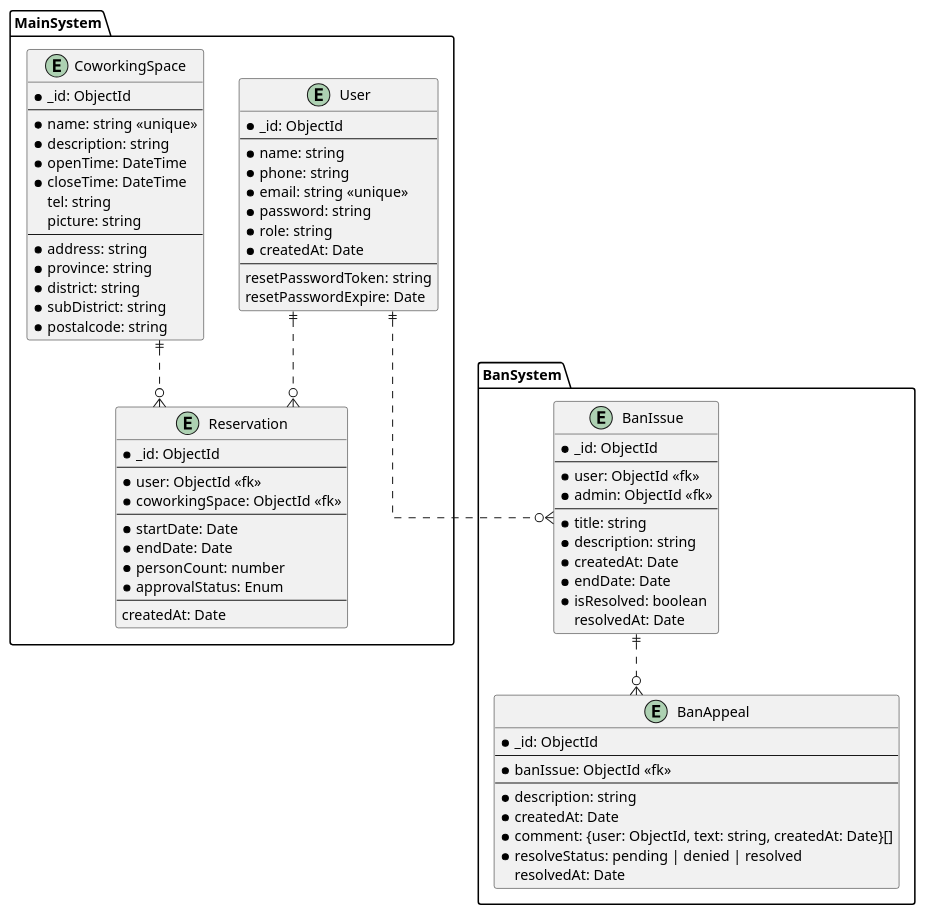
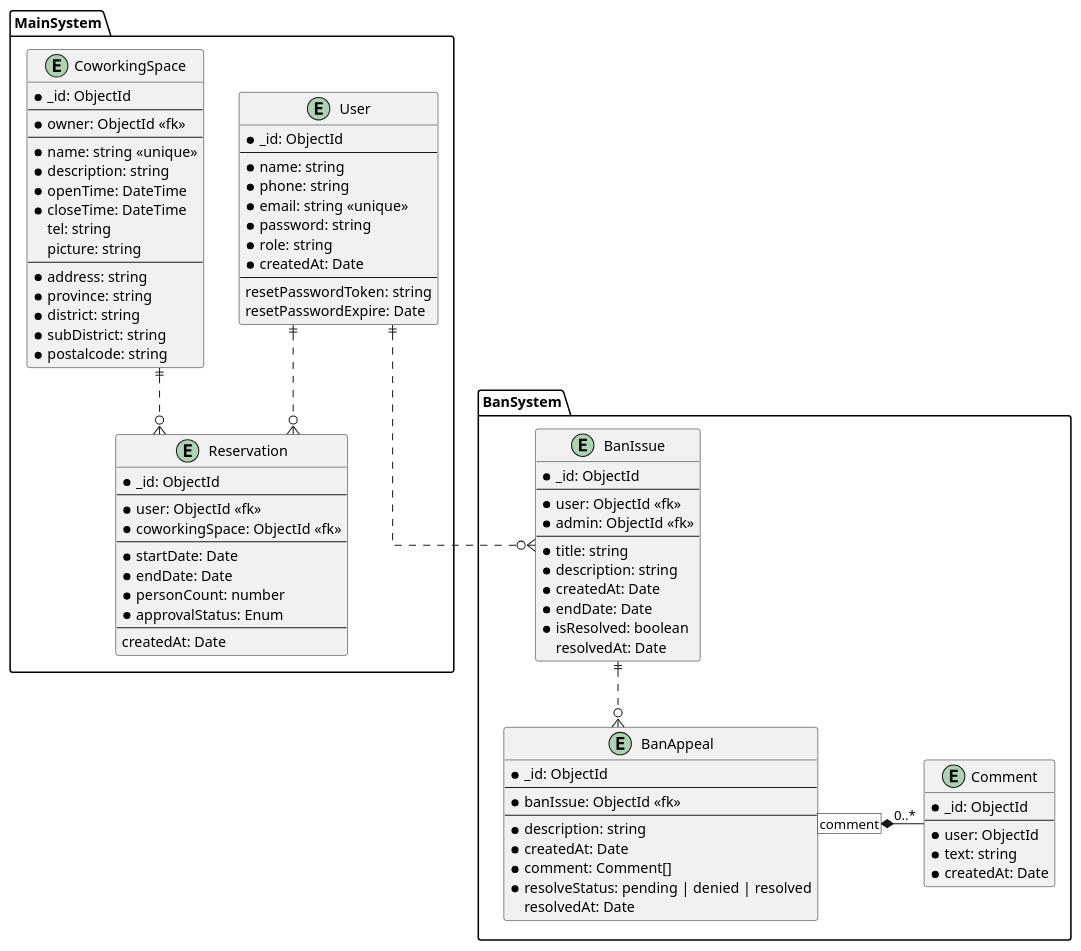
One commit to Cookie4686/group-se-backend changed the diagram in docs/ER_Diagram.puml. Above: the diagram before and after it, drawn with PlantUML. The commit also changed 12 other files, not shown here.

```diff
--- a/docs/ER_Diagram.puml
+++ b/docs/ER_Diagram.puml
@@ -1,86 +1,97 @@
 @startuml ER_Diagram
 
 skinparam Linetype ortho
 
 package MainSystem {
   entity User {
     * _id: ObjectId
     --
     * name: string
     * phone: string
     * email: string <<unique>>
     * password: string
     * role: string 
     * createdAt: Date
     --
     resetPasswordToken: string
     resetPasswordExpire: Date
   }
 
   entity CoworkingSpace {
     * _id: ObjectId
+    --
+    * owner: ObjectId <<fk>>
     --
     * name: string <<unique>>
     * description: string
     * openTime: DateTime
     * closeTime: DateTime
     tel: string
     picture: string
     --
     * address: string
     * province: string
     * district: string
     * subDistrict: string
     * postalcode: string
   }
 
   entity Reservation {
     * _id: ObjectId
     --
     * user: ObjectId <<fk>>
     * coworkingSpace: ObjectId <<fk>>
     --
     * startDate: Date
     * endDate: Date
     * personCount: number
     * approvalStatus: Enum
     --
     createdAt: Date
   }
 
   User ||..o{ Reservation
   CoworkingSpace ||..o{ Reservation
 }
 
 package BanSystem {
   entity BanIssue {
     * _id: ObjectId
     --
     * user: ObjectId <<fk>>
     * admin: ObjectId <<fk>>
     --
     * title: string
     * description: string
     * createdAt: Date
     * endDate: Date
     * isResolved: boolean
     resolvedAt: Date
   }
 
   entity BanAppeal {
     * _id: ObjectId
     --
     * banIssue: ObjectId <<fk>>
     --
     * description: string
     * createdAt: Date
-    * comment: {user: ObjectId, text: string, createdAt: Date}[]
+    * comment: Comment[]
     * resolveStatus: pending | denied | resolved
     resolvedAt: Date
   }
 
+  entity Comment {
+    * _id: ObjectId
+    --
+    * user: ObjectId
+    * text: string
+    * createdAt: Date
+  }
+
   User ||..o{ BanIssue
   BanIssue ||..o{ BanAppeal
+  BanAppeal [comment] *- "0..*" Comment
 }
 
 @enduml
```
